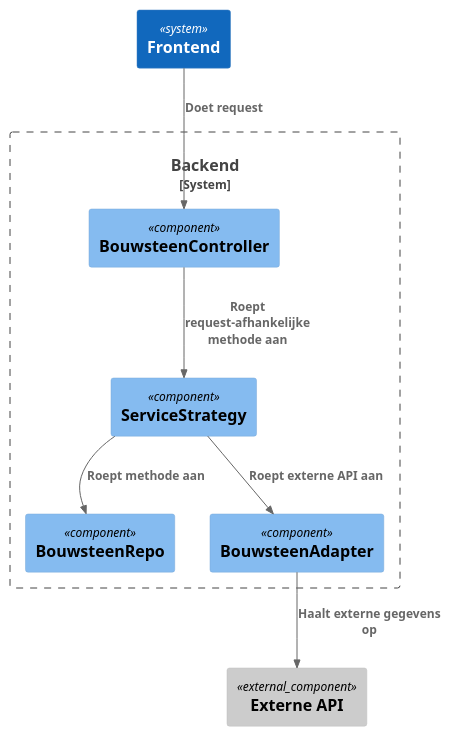
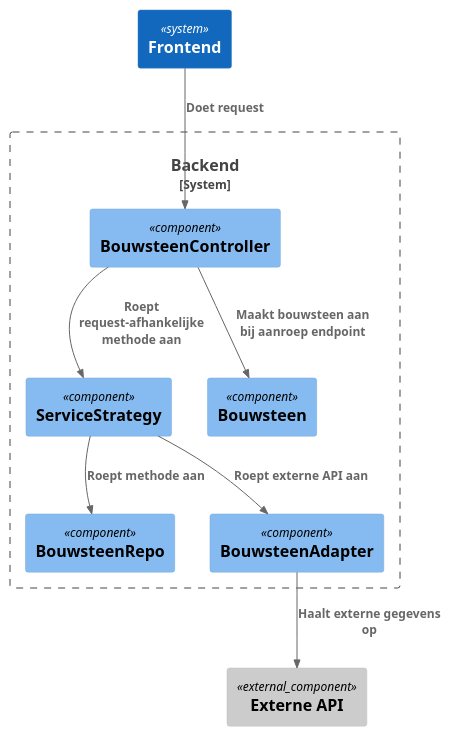
One commit to AIM-ENE-feb25/triptop-dravende-dikdiks changed the diagram in software-guidebook/Bijlagen/Componentdiagrammen/puml/Mike - Componentdiagram.puml. Above: the diagram before and after it, drawn with PlantUML. The commit also changed 2 other files, not shown here.

```diff
--- a/software-guidebook/Bijlagen/Componentdiagrammen/puml/Mike - Componentdiagram.puml
+++ b/software-guidebook/Bijlagen/Componentdiagrammen/puml/Mike - Componentdiagram.puml
@@ -1,20 +1,22 @@
 @startuml
 !include https://raw.githubusercontent.com/plantuml-stdlib/C4-PlantUML/master/C4_Component.puml
 
 System(fe, Frontend)
 
 System_Boundary(be, Backend){
     Component(bc, BouwsteenController)
     Component(s, ServiceStrategy)
+    Component(bs, Bouwsteen)
     Component(bsr, BouwsteenRepo)
     Component(bsa, BouwsteenAdapter)
 }
 
 Component_Ext(eapi, Externe API)
 
 Rel(fe, bc, Doet request)
 Rel(bc, s, Roept request-afhankelijke methode aan)
+Rel(bc, bs, Maakt bouwsteen aan bij aanroep endpoint)
 Rel(s, bsr, Roept methode aan)
 Rel(s, bsa, Roept externe API aan)
 Rel(bsa, eapi, Haalt externe gegevens op)
 @enduml
```
